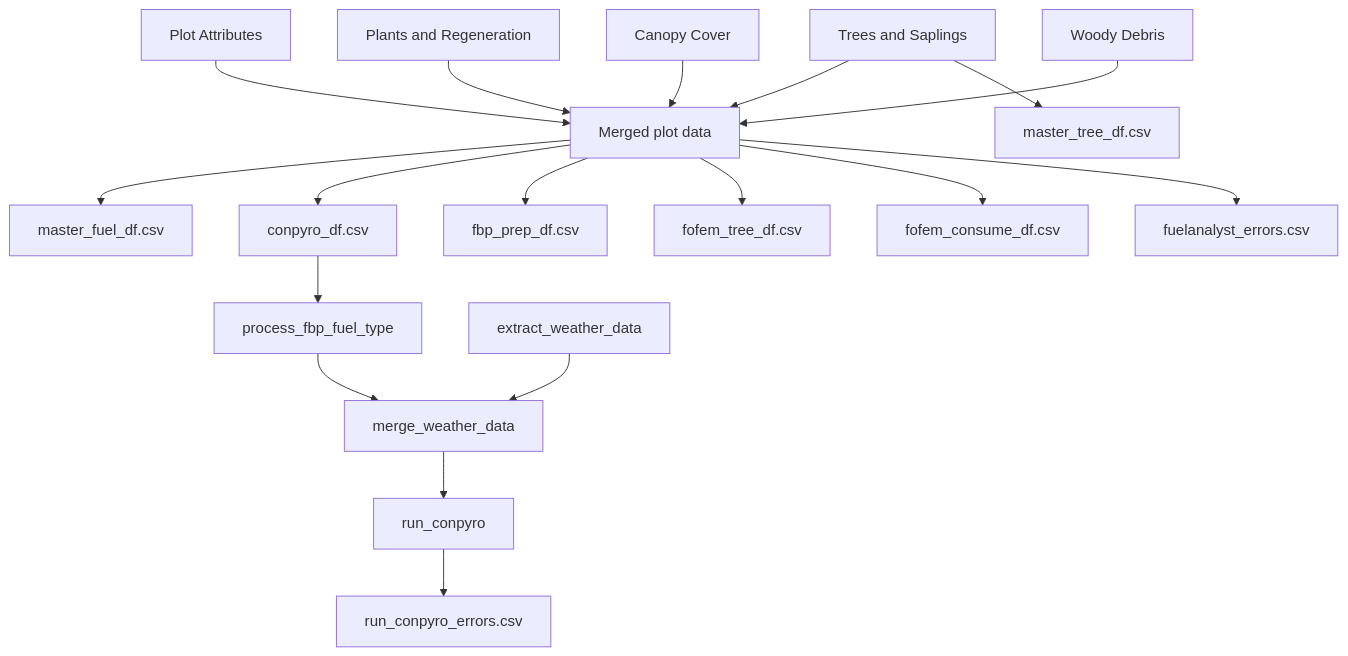
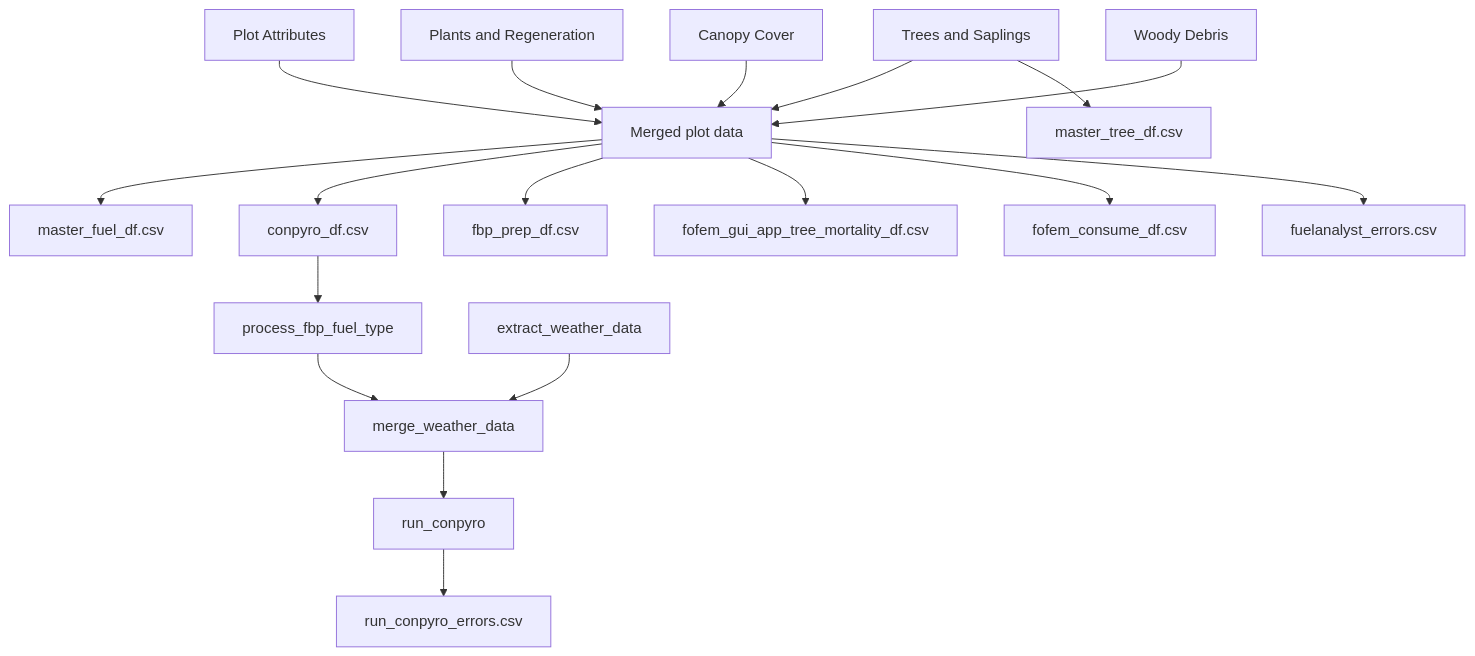
Before and after one commit to gagreene/FuelAnalyst: the diagram in docs/CODEBASE.md, drawn with Mermaid. The commit also changed other lines of this file and 12 other files, not shown here.

````diff
--- a/docs/CODEBASE.md
+++ b/docs/CODEBASE.md
@@ -171,22 +173,22 @@
 ```mermaid
 flowchart TD
     P[Plot Attributes] --> M[Merged plot data]
     PR[Plants and Regeneration] --> M
     T[Trees and Saplings] --> M
     C[Canopy Cover] --> M
     W[Woody Debris] --> M
 
     M --> MF[master_fuel_df.csv]
     T --> MT[master_tree_df.csv]
     M --> CP[conpyro_df.csv]
     M --> FP[fbp_prep_df.csv]
-    M --> FT[fofem_tree_df.csv]
+    M --> FT[fofem_gui_app_tree_mortality_df.csv]
     M --> FC[fofem_consume_df.csv]
     M --> ER[fuelanalyst_errors.csv]
 
     CP --> FBP[process_fbp_fuel_type]
     WX[extract_weather_data] --> MW[merge_weather_data]
     FBP --> MW
     MW --> RC[run_conpyro]
     RC --> RER[run_conpyro_errors.csv]
 ```
````
